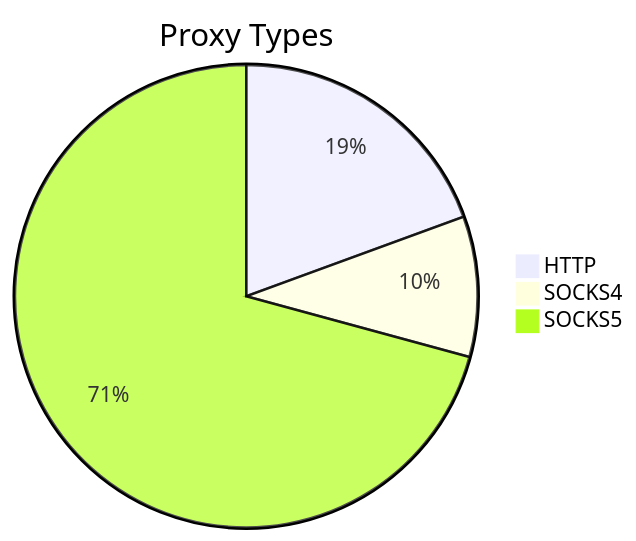
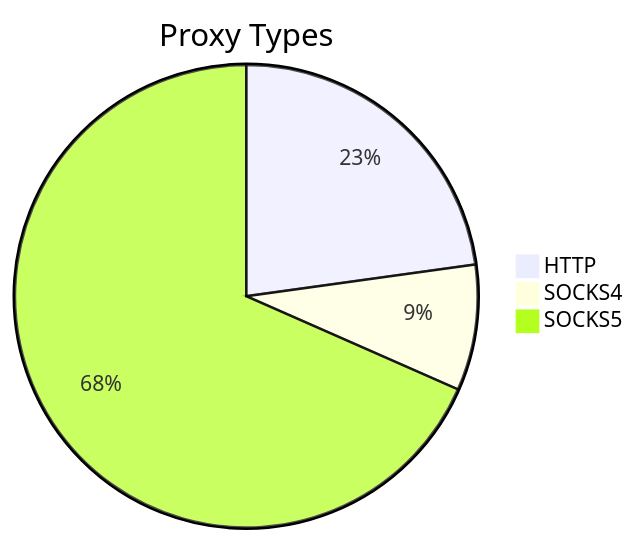
One commit to stormsia/proxy-list changed the first of 2 diagrams in README.md. Above: the diagram before and after it, drawn with Mermaid. The commit also changed other lines of this file, not shown here.

````diff
--- a/README.md
+++ b/README.md
@@ -21,6 +21,6 @@
 ```mermaid
 pie title Proxy Types
-    "HTTP" : 93
-    "SOCKS4" : 47
-    "SOCKS5" : 339
+    "HTTP" : 83
+    "SOCKS4" : 32
+    "SOCKS5" : 249
 ```
````
